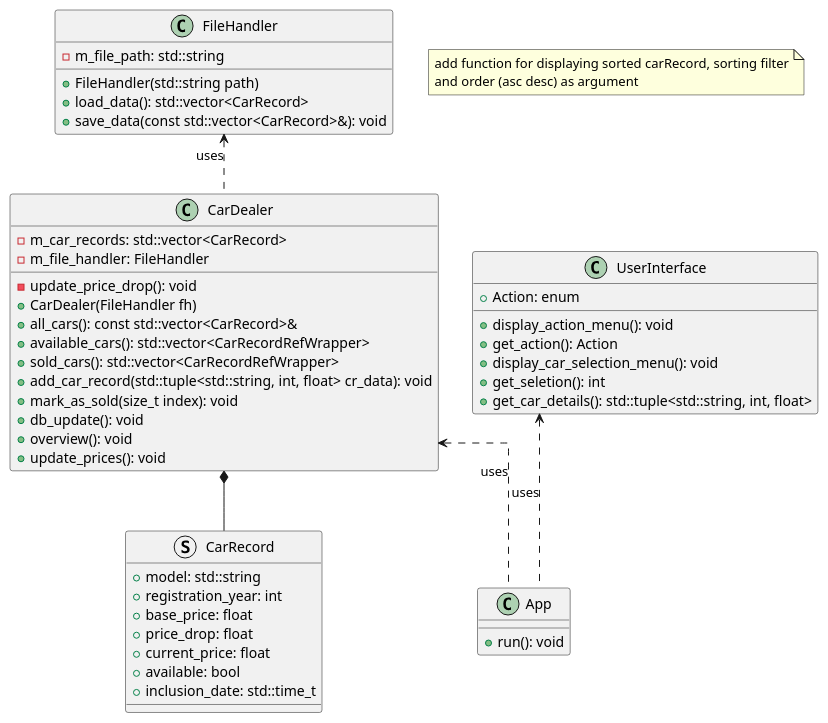
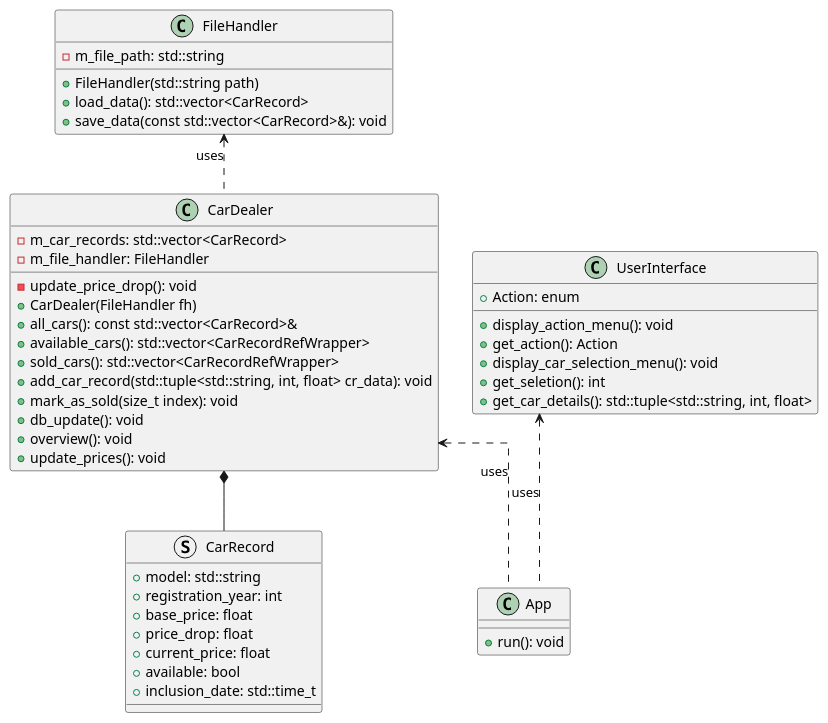
Before and after one commit to PrzemekAn/car_dealer: the diagram in project_assumptions/architecture.puml, drawn with PlantUML. The commit also changed 1 other file, not shown here.

```diff
--- a/project_assumptions/architecture.puml
+++ b/project_assumptions/architecture.puml
@@ -1,61 +1,59 @@
 @startuml class_diagram_lexer
 skinparam linetype polyline
 skinparam linetype ortho
 
 
 class FileHandler{
     - m_file_path: std::string
     + FileHandler(std::string path)
     + load_data(): std::vector<CarRecord>
     + save_data(const std::vector<CarRecord>&): void
 }
 
 struct CarRecord{
     + model: std::string
     + registration_year: int
     + base_price: float
     + price_drop: float
     + current_price: float
     + available: bool
     + inclusion_date: std::time_t
 }
 
 class CarDealer{
     - m_car_records: std::vector<CarRecord>
     - m_file_handler: FileHandler
     - update_price_drop(): void
     + CarDealer(FileHandler fh)
     + all_cars(): const std::vector<CarRecord>&
     + available_cars(): std::vector<CarRecordRefWrapper>
     + sold_cars(): std::vector<CarRecordRefWrapper>
     + add_car_record(std::tuple<std::string, int, float> cr_data): void
     + mark_as_sold(size_t index): void
     + db_update(): void
     + overview(): void
     + update_prices(): void
 }
 
 CarDealer *-- CarRecord
 FileHandler <.. CarDealer: uses
 
 class App{
     +run(): void
 }
 
 CarDealer <.. App: uses
 
 class UserInterface{
     + Action: enum
     + display_action_menu(): void
     + get_action(): Action
     + display_car_selection_menu(): void
     + get_seletion(): int
     + get_car_details(): std::tuple<std::string, int, float>
 }
 
 UserInterface <.. App: uses
 
-note "add function for displaying sorted carRecord, sorting filter\nand order (asc desc) as argument " as N1
-
 
 @enduml
```
